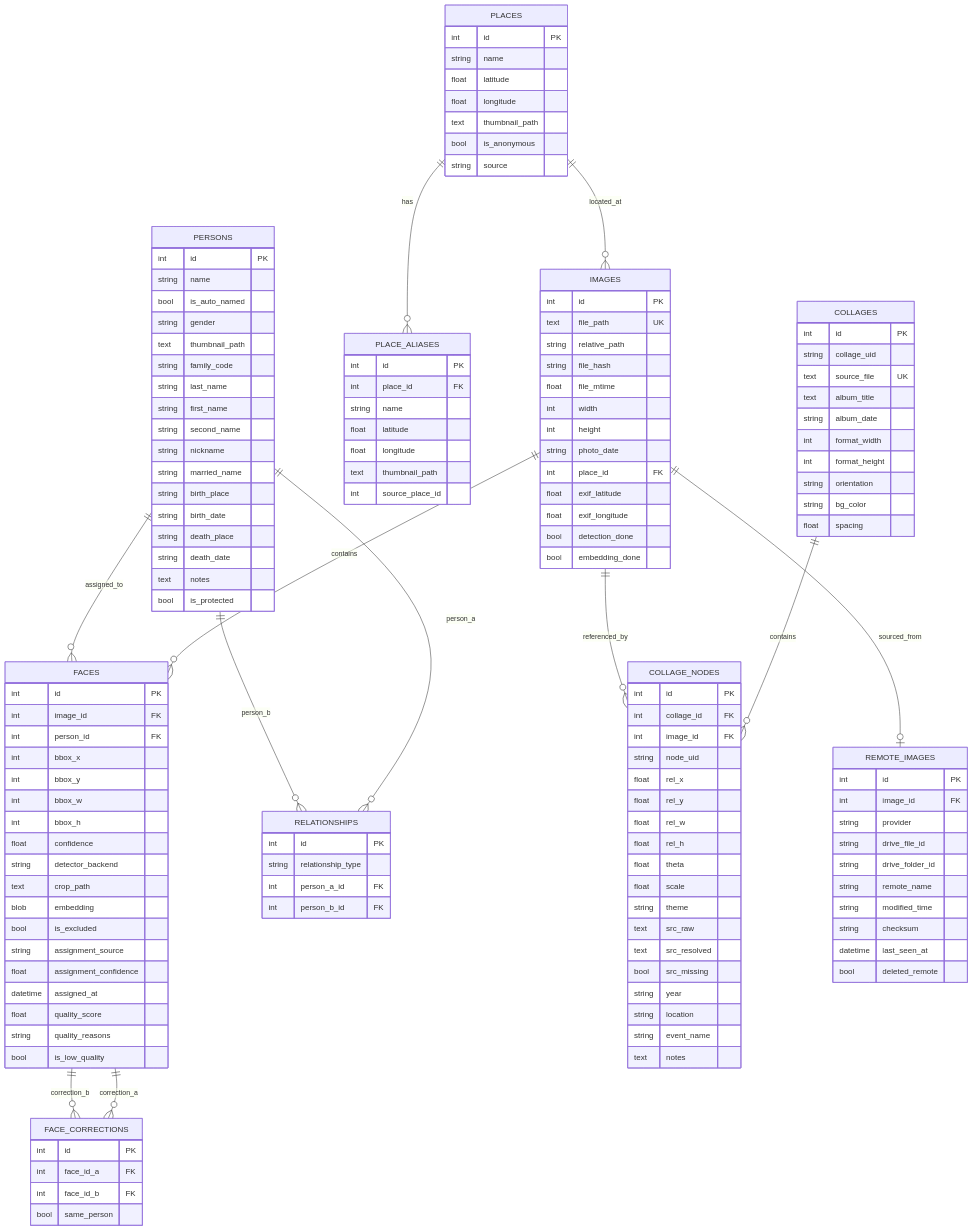
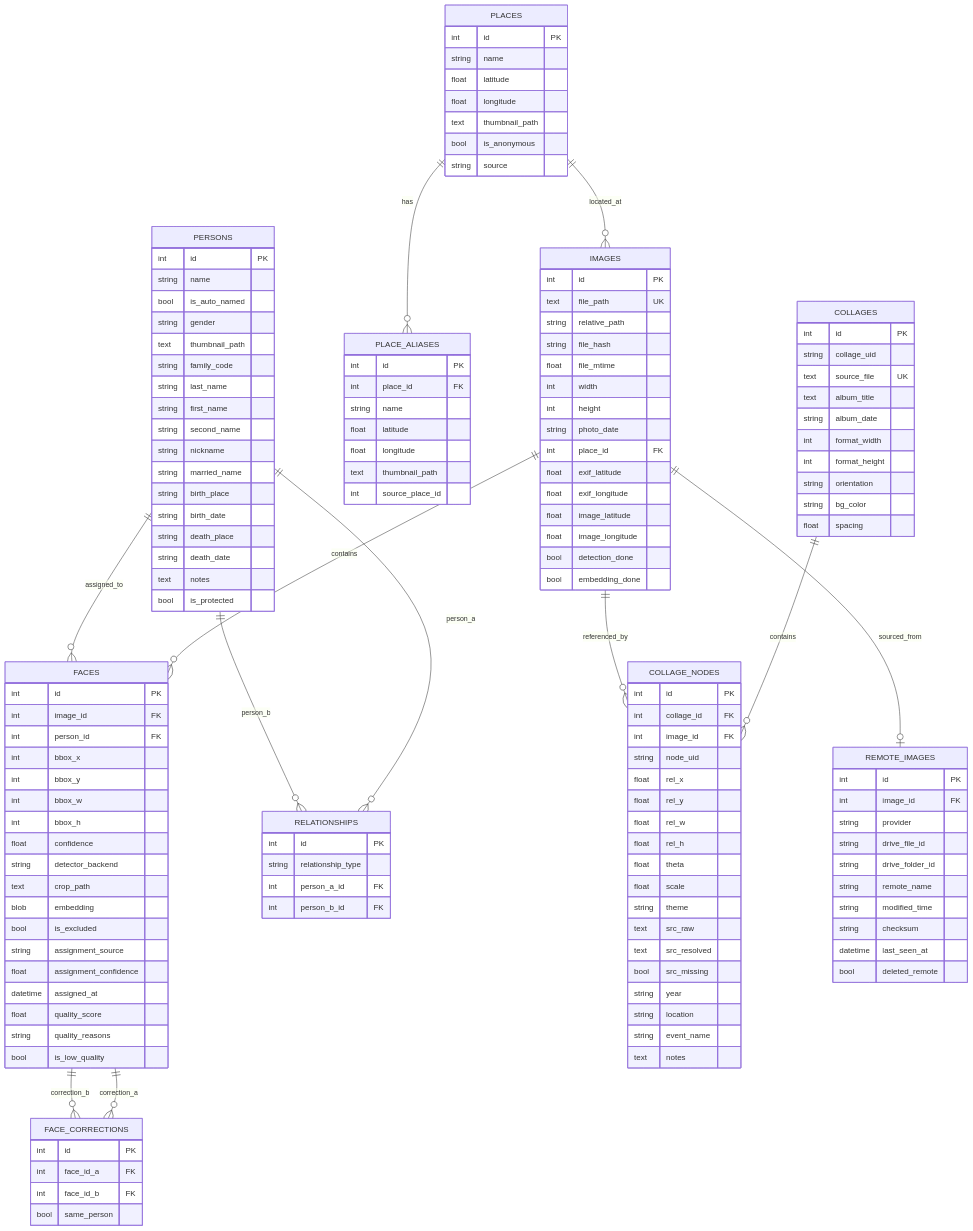
Before and after one commit to BenKoncsik/local_ai_face_recognizer: the third of 4 diagrams in docs/blueprint.md, drawn with Mermaid. The commit also changed other lines of this file and 4 other files, not shown here.

```diff
--- a/docs/blueprint.md
+++ b/docs/blueprint.md
@@ -274,6 +287,8 @@
         int place_id FK
         float exif_latitude
         float exif_longitude
+        float image_latitude
+        float image_longitude
         bool detection_done
         bool embedding_done
     }
```
